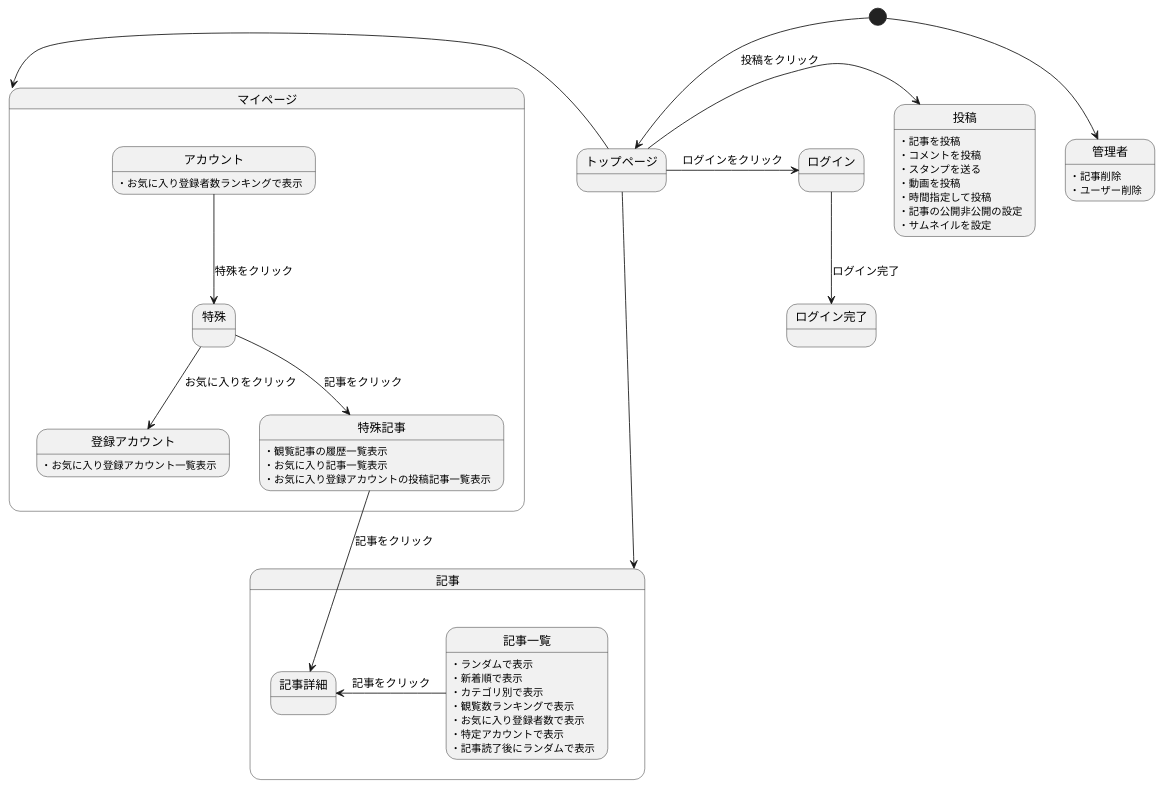
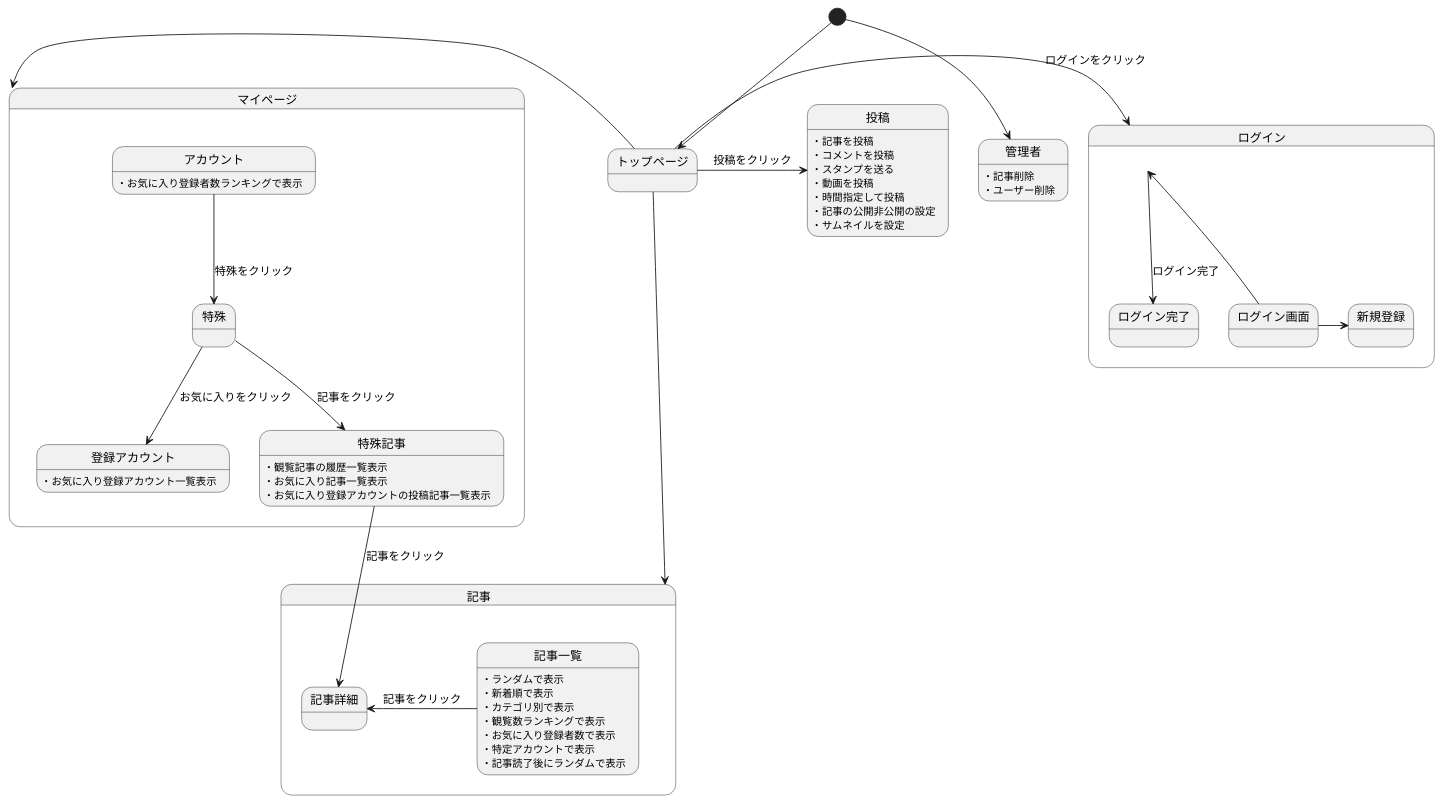
One commit to Aso2001001/2022System changed the diagram in 後期画面遷移.md. Above: the diagram before and after it, drawn with PlantUML.

````diff
--- a/後期画面遷移.md
+++ b/後期画面遷移.md
@@ -1,57 +1,64 @@
 ```uml
 @startuml
 [*] --> トップページ
 
 
 トップページ -down-> 記事
 トップページ -left-> マイページ
 トップページ -> 投稿 : 投稿をクリック
 投稿:・記事を投稿
 投稿:・コメントを投稿
 投稿:・スタンプを送る
 投稿:・動画を投稿
 投稿:・時間指定して投稿
 投稿:・記事の公開非公開の設定
 投稿:・サムネイルを設定
 
 トップページ -> ログイン : ログインをクリック
+
+
+state ログイン{
+ログイン画面 -> ログイン
+ログイン画面 -> 新規登録
 ログイン -down-> ログイン完了 : ログイン完了
+}
+
 
 state 記事{
 記事一覧 -left-> 記事詳細 : 記事をクリック
 
 
 記事一覧:・ランダムで表示
 記事一覧:・新着順で表示
 記事一覧:・カテゴリ別で表示
 記事一覧:・観覧数ランキングで表示
 記事一覧:・お気に入り登録者数で表示
 記事一覧:・特定アカウントで表示
 記事一覧:・記事読了後にランダムで表示
 
 }
 
 state マイページ{
 
 アカウント -down-> 特殊 : 特殊をクリック
 特殊 -down-> 登録アカウント :お気に入りをクリック
 特殊 -down-> 特殊記事 :記事をクリック
 特殊記事 -down-> 記事詳細 :記事をクリック
 
 アカウント:・お気に入り登録者数ランキングで表示
 
 特殊記事:・観覧記事の履歴一覧表示
 特殊記事:・お気に入り記事一覧表示
 登録アカウント:・お気に入り登録アカウント一覧表示
 特殊記事:・お気に入り登録アカウントの投稿記事一覧表示
 
 }
 
 
 [*] --> 管理者
 管理者:・記事削除
 管理者:・ユーザー削除
 
 
 @enduml
 ```
````
